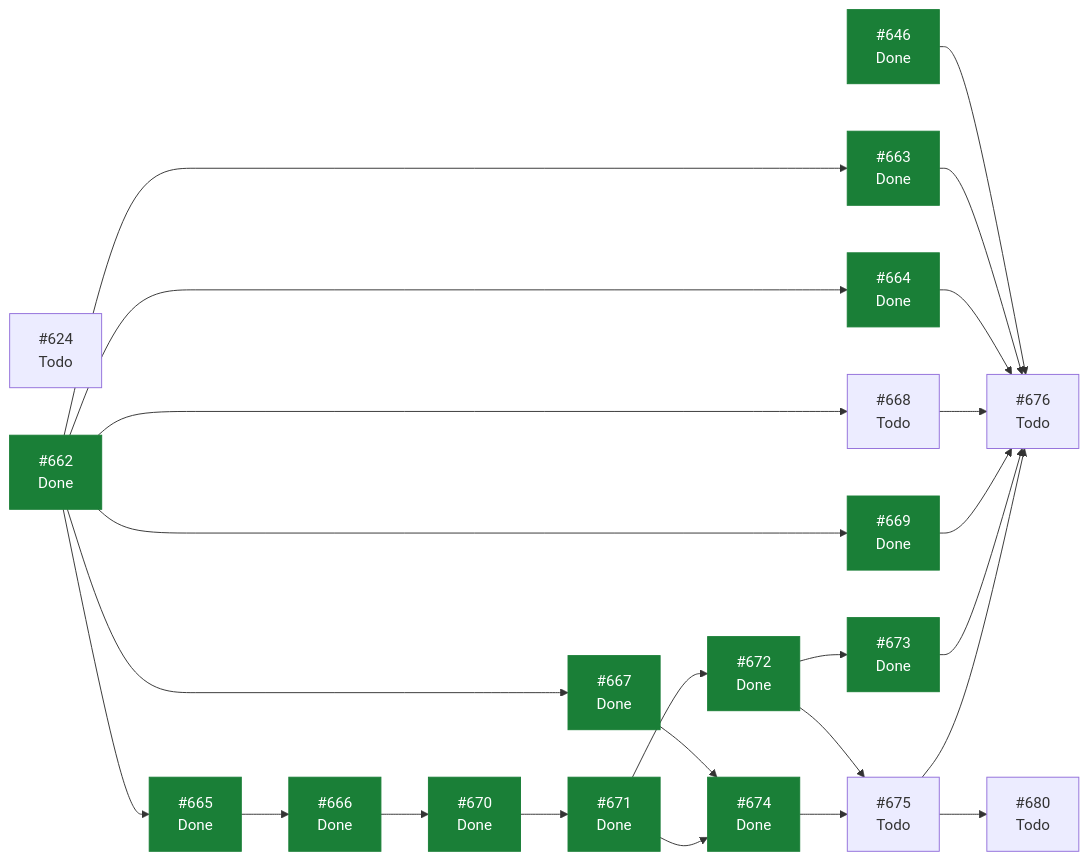
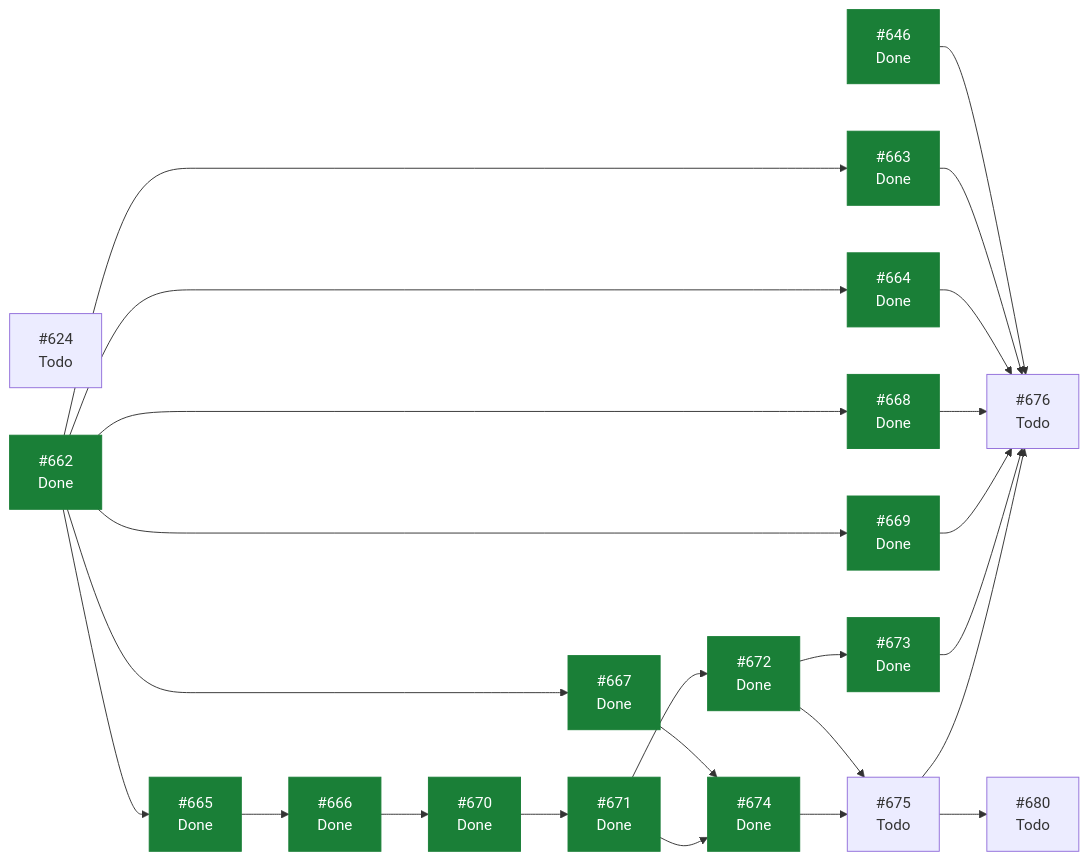
The diagram in docs/planning/STATUS.md (ecamp0s/evault), drawn with Mermaid before and after one commit. The commit also changed other lines of this file, not shown here.

````diff
--- a/docs/planning/STATUS.md
+++ b/docs/planning/STATUS.md
@@ -115,46 +114,46 @@
 ```mermaid
 graph LR
   I624["#624<br/>Todo"]
   I646["#646<br/>Done"]
   I662["#662<br/>Done"]
   I663["#663<br/>Done"]
   I664["#664<br/>Done"]
   I665["#665<br/>Done"]
   I666["#666<br/>Done"]
   I667["#667<br/>Done"]
-  I668["#668<br/>Todo"]
+  I668["#668<br/>Done"]
   I669["#669<br/>Done"]
   I670["#670<br/>Done"]
   I671["#671<br/>Done"]
   I672["#672<br/>Done"]
   I673["#673<br/>Done"]
   I674["#674<br/>Done"]
   I675["#675<br/>Todo"]
   I676["#676<br/>Todo"]
   I680["#680<br/>Todo"]
   I646 --> I676
   I662 --> I663
   I662 --> I664
   I662 --> I665
   I662 --> I667
   I662 --> I668
   I662 --> I669
   I663 --> I676
   I664 --> I676
   I665 --> I666
   I666 --> I670
   I667 --> I674
   I668 --> I676
   I669 --> I676
   I670 --> I671
   I671 --> I672
   I671 --> I674
   I672 --> I673
   I672 --> I675
   I673 --> I676
   I674 --> I675
   I675 --> I676
   I675 --> I680
   classDef hecho fill:#1a7f37,stroke:#1a7f37,color:#fff;
-  class I646,I662,I663,I664,I665,I666,I667,I669,I670,I671,I672,I673,I674 hecho;
+  class I646,I662,I663,I664,I665,I666,I667,I668,I669,I670,I671,I672,I673,I674 hecho;
 ```
````
